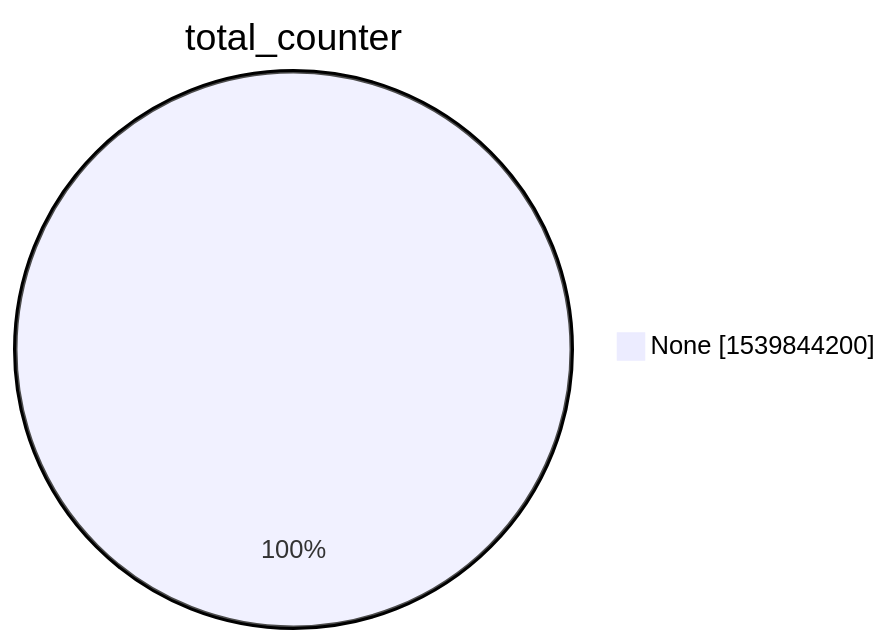
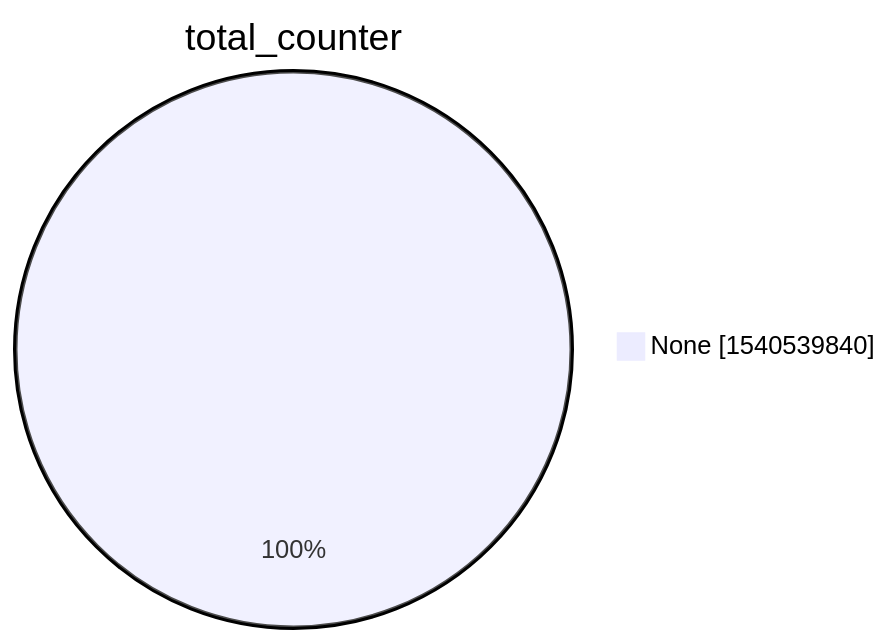
The second of 15 diagrams in xenon2022/README.md (christiankrug/ctmonitor_visualization), drawn with Mermaid before and after one commit. The commit also changed other lines of this file, not shown here.

````diff
--- a/xenon2022/README.md
+++ b/xenon2022/README.md
@@ -9,5 +9,5 @@
 ```mermaid
 pie showData
 title total_counter
-"None" :1539844200
+"None" :1540539840
 ```
````
